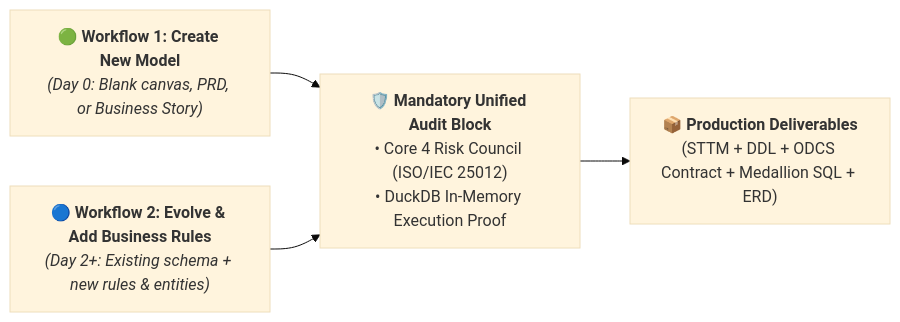
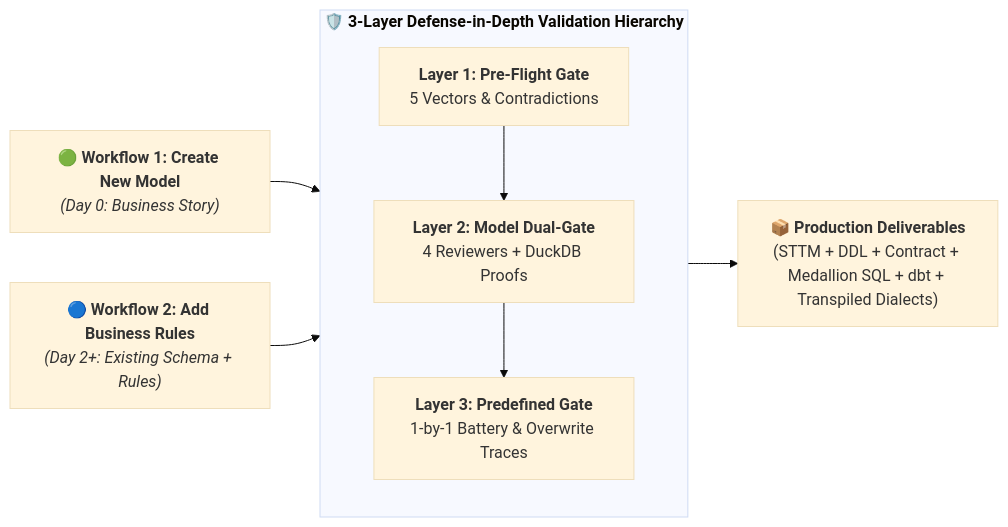
One commit to rachardv/data-model-architect changed the first of 2 diagrams in README.md. Above: the diagram before and after it, drawn with Mermaid (base theme). The commit also changed other lines of this file and 2 other files, not shown here.

Commit message:
docs(architecture): synchronize architecture rubrics, 3-layer validation, and 117-test suite

````diff
--- a/README.md
+++ b/README.md
@@ -52,11 +52,16 @@
 ```mermaid
 flowchart LR
-    W1["🟢 <b>Workflow 1: Create New Model</b><br/><i>(Day 0: Blank canvas, PRD, or Business Story)</i>"]
-    W2["🔵 <b>Workflow 2: Evolve & Add Business Rules</b><br/><i>(Day 2+: Existing schema + new rules & entities)</i>"]
+    W1["🟢 <b>Workflow 1: Create New Model</b><br/><i>(Day 0: Business Story)</i>"]
+    W2["🔵 <b>Workflow 2: Add Business Rules</b><br/><i>(Day 2+: Existing Schema + Rules)</i>"]
     
-    AUDIT["🛡️ <b>Mandatory Unified Audit Block</b><br/>• Core 4 Risk Council (ISO/IEC 25012)<br/>• DuckDB In-Memory Execution Proof"]
+    subgraph VALIDATION["🛡️ <b>3-Layer Defense-in-Depth Validation Hierarchy</b>"]
+        L1["<b>Layer 1: Pre-Flight Gate</b><br>5 Vectors & Contradictions"]
+        L2["<b>Layer 2: Model Dual-Gate</b><br>4 Reviewers + DuckDB Proofs"]
+        L3["<b>Layer 3: Predefined Gate</b><br>1-by-1 Battery & Overwrite Traces"]
+        L1 --> L2 --> L3
+    end
     
-    OUT["📦 <b>Production Deliverables</b><br/>(STTM + DDL + ODCS Contract + Medallion SQL + ERD)"]
+    OUT["📦 <b>Production Deliverables</b><br>(STTM + DDL + Contract + Medallion SQL + dbt + Transpiled Dialects)"]
     
-    W1 & W2 --> AUDIT --> OUT
+    W1 & W2 --> VALIDATION --> OUT
 ```
````
